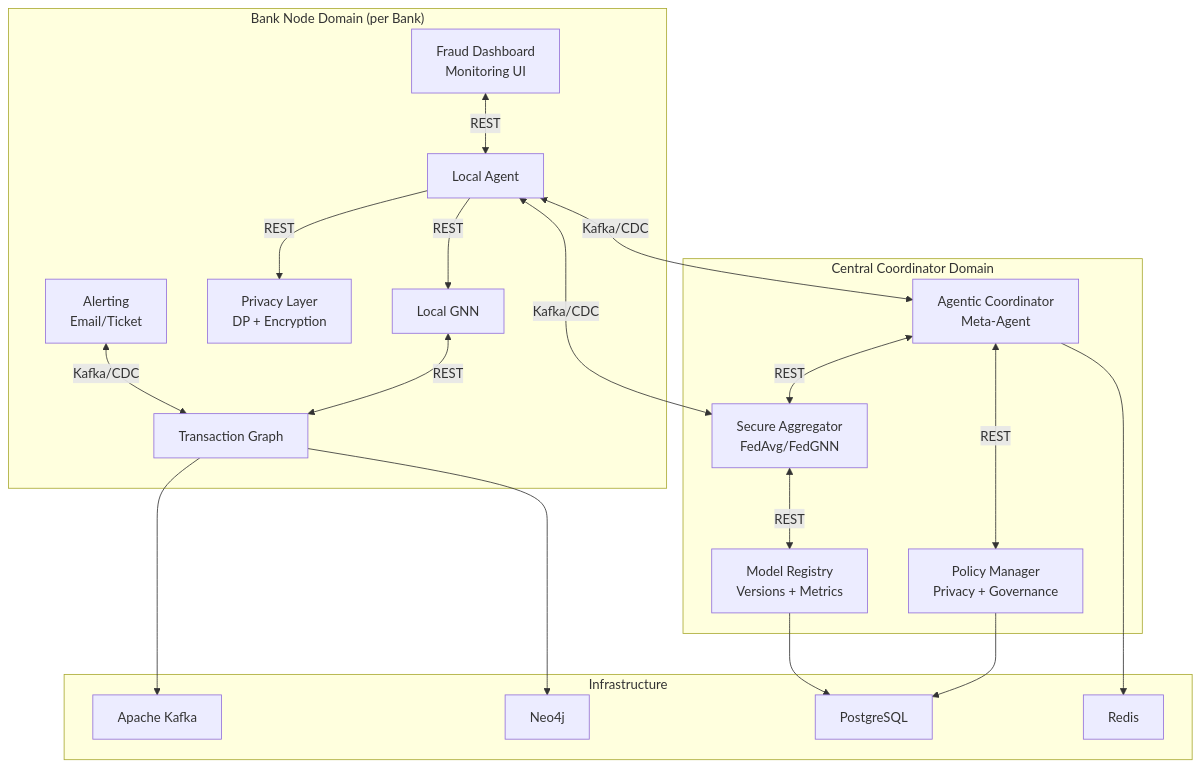
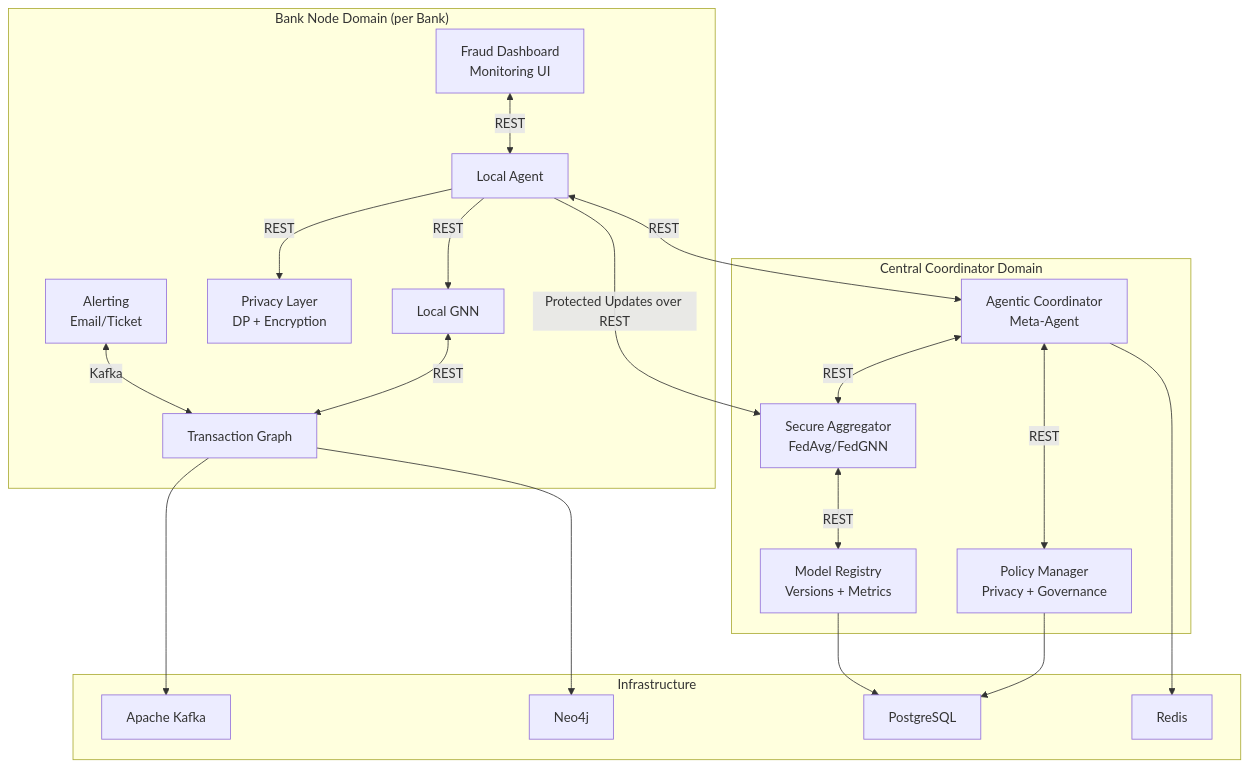
Before and after one commit to dayawansha/agentic-federated-cbdc-fraud-detection: the second of 3 diagrams in doc/status/devPlan.md, drawn with Mermaid. The commit also changed other lines of this file and 57 other files, not shown here.

````diff
--- a/doc/status/devPlan.md
+++ b/doc/status/devPlan.md
@@ -47,46 +50,46 @@
 ```mermaid
 graph TB
     subgraph "Central Coordinator Domain"
         AC[Agentic Coordinator<br/>Meta-Agent]
         SA[Secure Aggregator<br/>FedAvg/FedGNN]
         PM[Policy Manager<br/>Privacy + Governance]
         MR[Model Registry<br/>Versions + Metrics]
     end
     
     subgraph "Bank Node Domain (per Bank)"
         LA[Local Agent]
         LG[Local GNN]
         PL[Privacy Layer<br/>DP + Encryption]
         TG[Transaction Graph]
         FD[Fraud Dashboard<br/>Monitoring UI]
         AL[Alerting<br/>Email/Ticket]
     end
     
     subgraph "Infrastructure"
         KF[Apache Kafka]
         N4[Neo4j]
         PG[PostgreSQL]
         RD[Redis]
     end
     
     %% Inter-Node Communication (Bank <-> Central)
-    LA <-->|Kafka/CDC| AC
-    LA <-->|Kafka/CDC| SA
+    LA <-->|REST| AC
+    LA -->|Protected Updates over REST| SA
     
     %% Internal synchronous communication
     AC <-->|REST| SA
     AC <-->|REST| PM
     SA <-->|REST| MR
     
     LA -->|REST| LG
     LA -->|REST| PL
     LG <-->|REST| TG
     FD <-->|REST| LA
-    AL <-->|Kafka/CDC| TG
+    AL <-->|Kafka| TG
     
     TG --> KF
     TG --> N4
     PM --> PG
     MR --> PG
     AC --> RD
 ```
````
